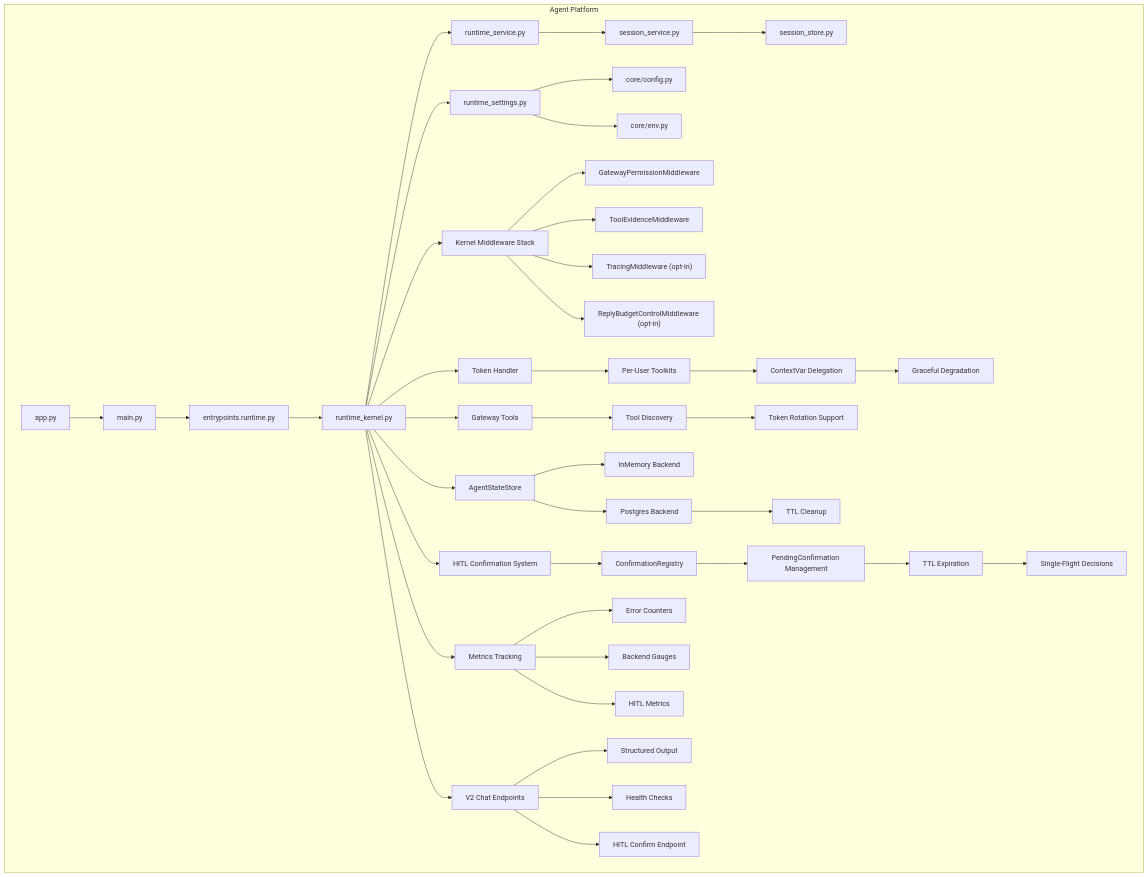
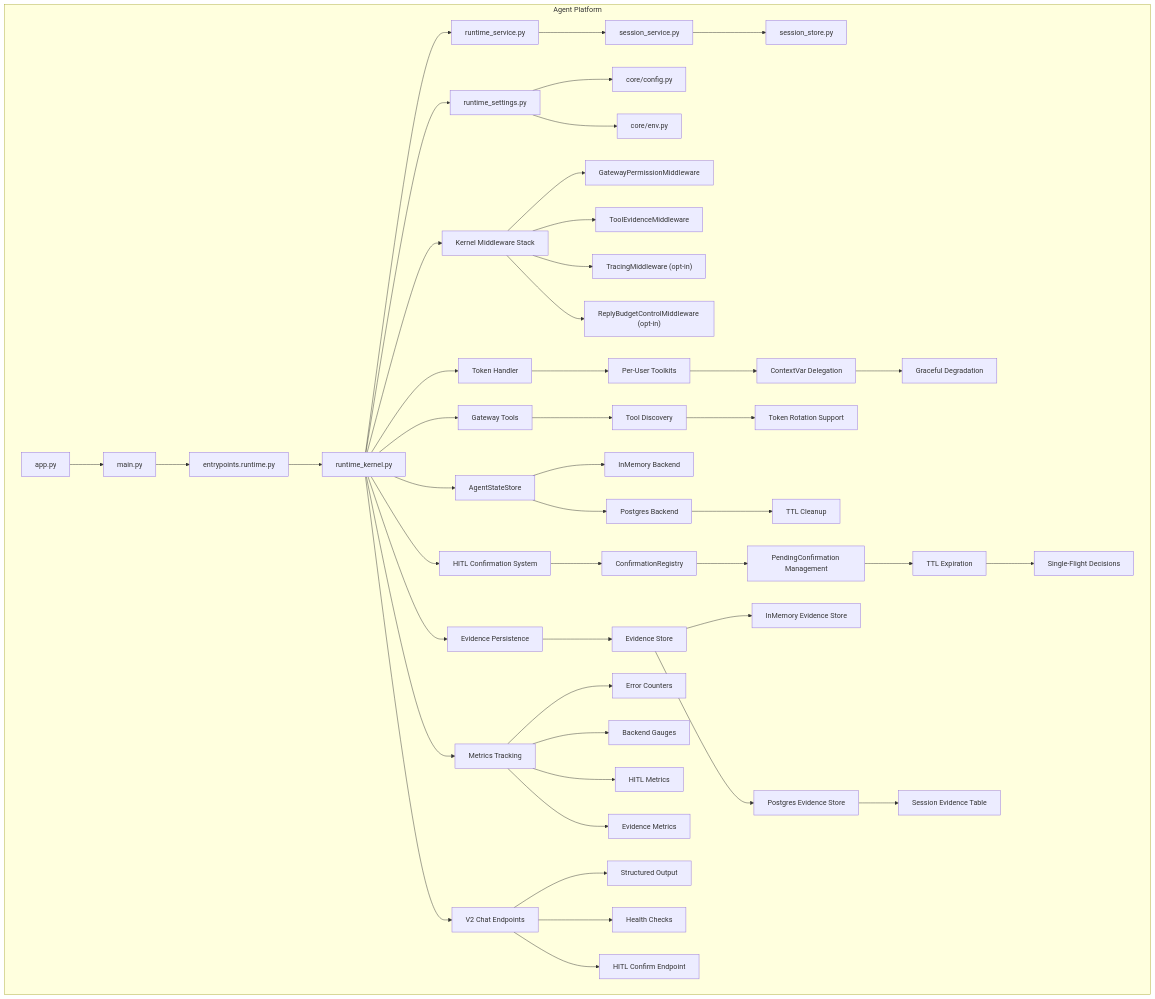
Before and after one commit to metasync/luban-aiops: the first of 4 diagrams in .qoder/repowiki/en/content/Agent Platform Service/Runtime Kernel and Agent Lifecycle.md, drawn with Mermaid. The commit also changed other lines of this file and 8 other files, not shown here.

````diff
--- a/.qoder/repowiki/en/content/Agent Platform Service/Runtime Kernel and Agent Lifecycle.md
+++ b/.qoder/repowiki/en/content/Agent Platform Service/Runtime Kernel and Agent Lifecycle.md
@@ -60,43 +60,49 @@
 ```mermaid
 graph TB
 subgraph "Agent Platform"
 A["app.py"] --> B["main.py"]
 B --> C["entrypoints.runtime.py"]
 C --> D["runtime_kernel.py"]
 D --> E["runtime_service.py"]
 E --> F["session_service.py"]
 F --> G["session_store.py"]
 D --> H["runtime_settings.py"]
 H --> I["core/config.py"]
 H --> J["core/env.py"]
 D --> K["Kernel Middleware Stack"]
 K --> L["GatewayPermissionMiddleware"]
 K --> M["ToolEvidenceMiddleware"]
 K --> N["TracingMiddleware (opt-in)"]
 K --> O["ReplyBudgetControlMiddleware (opt-in)"]
 D --> P["Token Handler"]
 P --> Q["Per-User Toolkits"]
 Q --> R["ContextVar Delegation"]
 R --> S["Graceful Degradation"]
 D --> T["Gateway Tools"]
 T --> U["Tool Discovery"]
 U --> V["Token Rotation Support"]
 D --> W["AgentStateStore"]
 W --> X["InMemory Backend"]
 W --> Y["Postgres Backend"]
 Y --> Z["TTL Cleanup"]
 D --> AA["HITL Confirmation System"]
 AA --> BB["ConfirmationRegistry"]
 BB --> CC["PendingConfirmation Management"]
 CC --> DD["TTL Expiration"]
 DD --> EE["Single-Flight Decisions"]
-D --> FF["Metrics Tracking"]
-FF --> GG["Error Counters"]
-FF --> HH["Backend Gauges"]
-FF --> II["HITL Metrics"]
-D --> JJ["V2 Chat Endpoints"]
-JJ --> KK["Structured Output"]
-JJ --> LL["Health Checks"]
-JJ --> MM["HITL Confirm Endpoint"]
+D --> FF["Evidence Persistence"]
+FF --> GG["Evidence Store"]
+GG --> HH["InMemory Evidence Store"]
+GG --> II["Postgres Evidence Store"]
+II --> JJ["Session Evidence Table"]
+D --> KK["Metrics Tracking"]
+KK --> LL["Error Counters"]
+KK --> MM["Backend Gauges"]
+KK --> NN["HITL Metrics"]
+KK --> OO["Evidence Metrics"]
+D --> PP["V2 Chat Endpoints"]
+PP --> QQ["Structured Output"]
+PP --> RR["Health Checks"]
+PP --> SS["HITL Confirm Endpoint"]
 end
 ```
````
